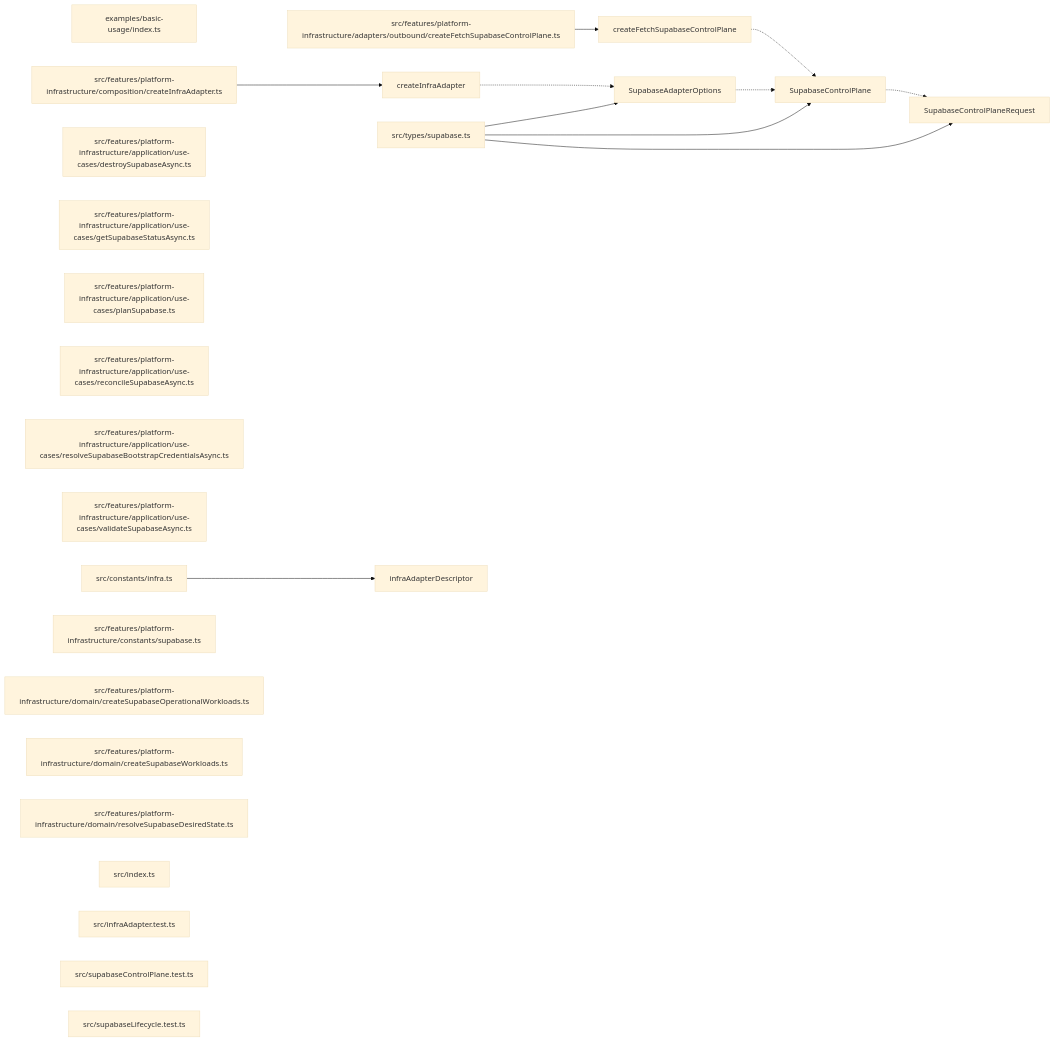
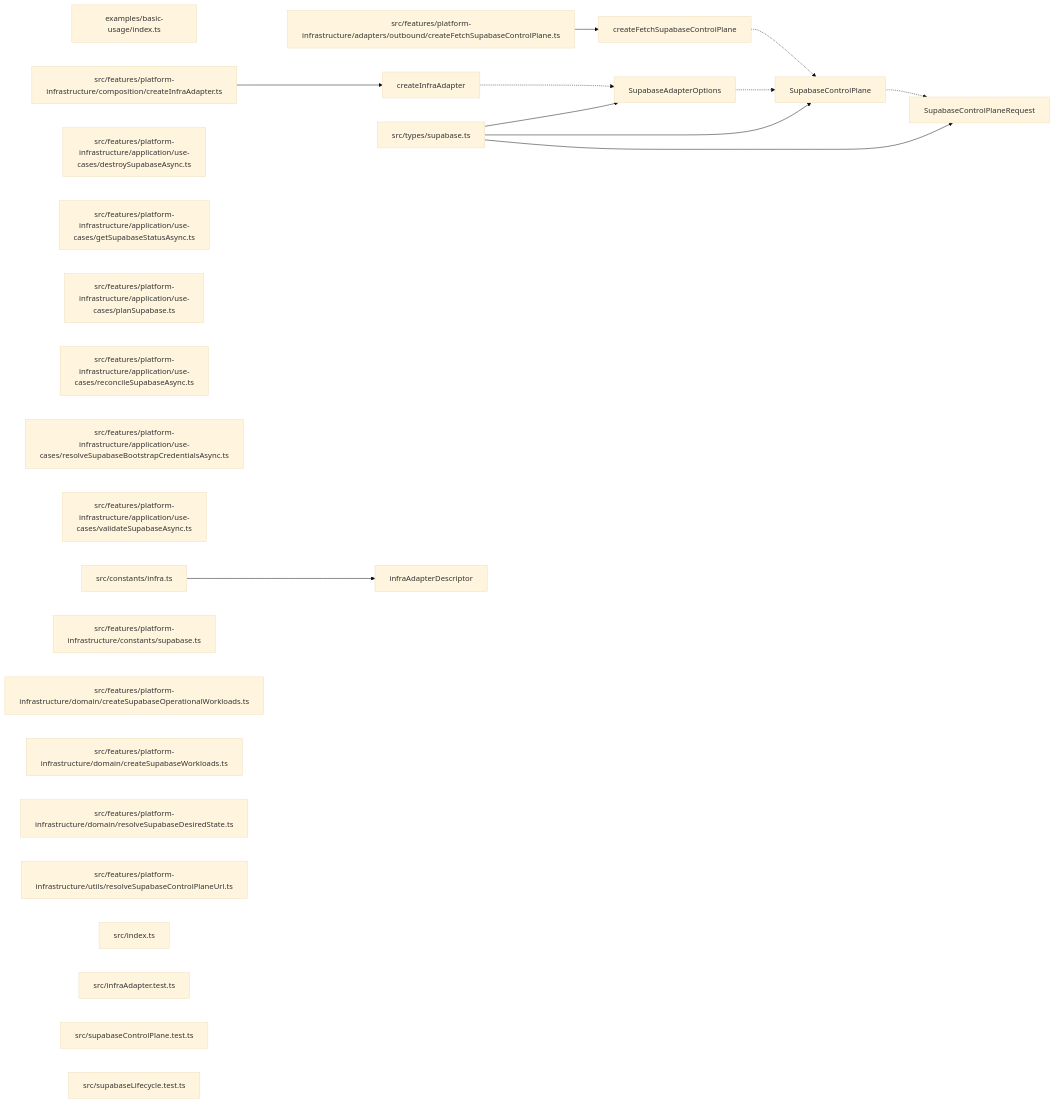
Before and after one commit to ankhorage/supabase: the diagram in paradox/diagrams/export-graph.mmd, drawn with Mermaid (base theme). The commit also changed 17 other files, not shown here.

```diff
--- a/paradox/diagrams/export-graph.mmd
+++ b/paradox/diagrams/export-graph.mmd
@@ -1,36 +1,37 @@
 graph LR
   module_examples_basic_usage_index_ts["examples/basic-usage/index.ts"]
   module_src_constants_infra_ts["src/constants/infra.ts"]
   module_src_features_platform_infrastructure_adapters_outbound_createFetchSupabaseControlPlane_ts["src/features/platform-infrastructure/adapters/outbound/createFetchSupabaseControlPlane.ts"]
   module_src_features_platform_infrastructure_application_use_cases_destroySupabaseAsync_ts["src/features/platform-infrastructure/application/use-cases/destroySupabaseAsync.ts"]
   module_src_features_platform_infrastructure_application_use_cases_getSupabaseStatusAsync_ts["src/features/platform-infrastructure/application/use-cases/getSupabaseStatusAsync.ts"]
   module_src_features_platform_infrastructure_application_use_cases_planSupabase_ts["src/features/platform-infrastructure/application/use-cases/planSupabase.ts"]
   module_src_features_platform_infrastructure_application_use_cases_reconcileSupabaseAsync_ts["src/features/platform-infrastructure/application/use-cases/reconcileSupabaseAsync.ts"]
   module_src_features_platform_infrastructure_application_use_cases_resolveSupabaseBootstrapCredentialsAsync_ts["src/features/platform-infrastructure/application/use-cases/resolveSupabaseBootstrapCredentialsAsync.ts"]
   module_src_features_platform_infrastructure_application_use_cases_validateSupabaseAsync_ts["src/features/platform-infrastructure/application/use-cases/validateSupabaseAsync.ts"]
   module_src_features_platform_infrastructure_composition_createInfraAdapter_ts["src/features/platform-infrastructure/composition/createInfraAdapter.ts"]
   module_src_features_platform_infrastructure_constants_supabase_ts["src/features/platform-infrastructure/constants/supabase.ts"]
   module_src_features_platform_infrastructure_domain_createSupabaseOperationalWorkloads_ts["src/features/platform-infrastructure/domain/createSupabaseOperationalWorkloads.ts"]
   module_src_features_platform_infrastructure_domain_createSupabaseWorkloads_ts["src/features/platform-infrastructure/domain/createSupabaseWorkloads.ts"]
   module_src_features_platform_infrastructure_domain_resolveSupabaseDesiredState_ts["src/features/platform-infrastructure/domain/resolveSupabaseDesiredState.ts"]
+  module_src_features_platform_infrastructure_utils_resolveSupabaseControlPlaneUrl_ts["src/features/platform-infrastructure/utils/resolveSupabaseControlPlaneUrl.ts"]
   module_src_index_ts["src/index.ts"]
   module_src_infraAdapter_test_ts["src/infraAdapter.test.ts"]
   module_src_supabaseControlPlane_test_ts["src/supabaseControlPlane.test.ts"]
   module_src_supabaseLifecycle_test_ts["src/supabaseLifecycle.test.ts"]
   module_src_types_supabase_ts["src/types/supabase.ts"]
   export_createFetchSupabaseControlPlane["createFetchSupabaseControlPlane"]
   module_src_features_platform_infrastructure_adapters_outbound_createFetchSupabaseControlPlane_ts --> export_createFetchSupabaseControlPlane
   export_createFetchSupabaseControlPlane -.-> export_SupabaseControlPlane
   export_createInfraAdapter["createInfraAdapter"]
   module_src_features_platform_infrastructure_composition_createInfraAdapter_ts --> export_createInfraAdapter
   export_createInfraAdapter -.-> export_SupabaseAdapterOptions
   export_infraAdapterDescriptor["infraAdapterDescriptor"]
   module_src_constants_infra_ts --> export_infraAdapterDescriptor
   export_SupabaseAdapterOptions["SupabaseAdapterOptions"]
   module_src_types_supabase_ts --> export_SupabaseAdapterOptions
   export_SupabaseAdapterOptions -.-> export_SupabaseControlPlane
   export_SupabaseControlPlane["SupabaseControlPlane"]
   module_src_types_supabase_ts --> export_SupabaseControlPlane
   export_SupabaseControlPlane -.-> export_SupabaseControlPlaneRequest
   export_SupabaseControlPlaneRequest["SupabaseControlPlaneRequest"]
   module_src_types_supabase_ts --> export_SupabaseControlPlaneRequest
```
